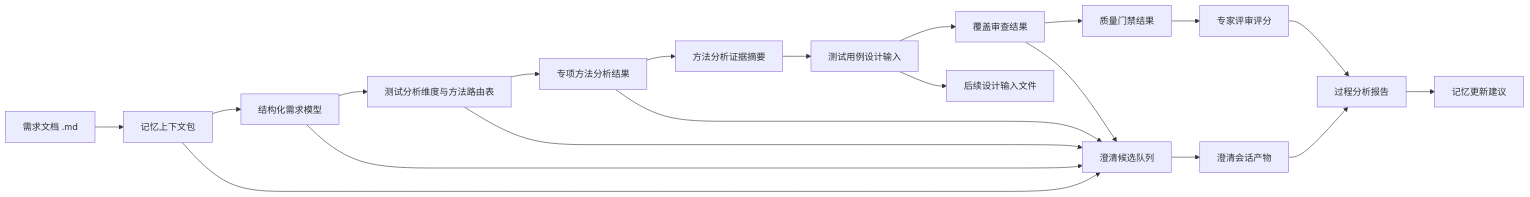
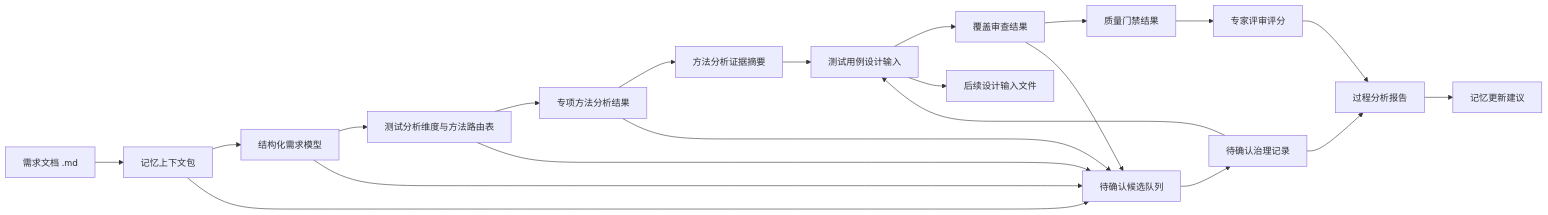
The seventh of 8 diagrams in docs/test-analysis-agent-design.md (szluoqy-byte/Test-Analysis-Agent), drawn with Mermaid before and after one commit. The commit also changed other lines of this file and 40 other files, not shown here.

````diff
--- a/docs/test-analysis-agent-design.md
+++ b/docs/test-analysis-agent-design.md
@@ -406,22 +394,23 @@
 ```mermaid
 flowchart LR
   A["需求文档 .md"] --> B["记忆上下文包"]
   B --> C["结构化需求模型"]
   C --> D["测试分析维度与方法路由表"]
   D --> E["专项方法分析结果"]
   E --> EV["方法分析证据摘要"]
   EV --> F["测试用例设计输入"]
   F --> G["覆盖审查结果"]
   G --> H["质量门禁结果"]
   H --> I["专家评审评分"]
   I --> J["过程分析报告"]
   F --> DTL["后续设计输入文件"]
-  B --> CQ["澄清候选队列"]
+  B --> CQ["待确认候选队列"]
   C --> CQ
   D --> CQ
   E --> CQ
   G --> CQ
-  CQ --> CS["澄清会话产物"]
+  CQ --> CS["待确认治理记录"]
+  CS --> F
   CS --> J
   J --> K["记忆更新建议"]
 ```
````
